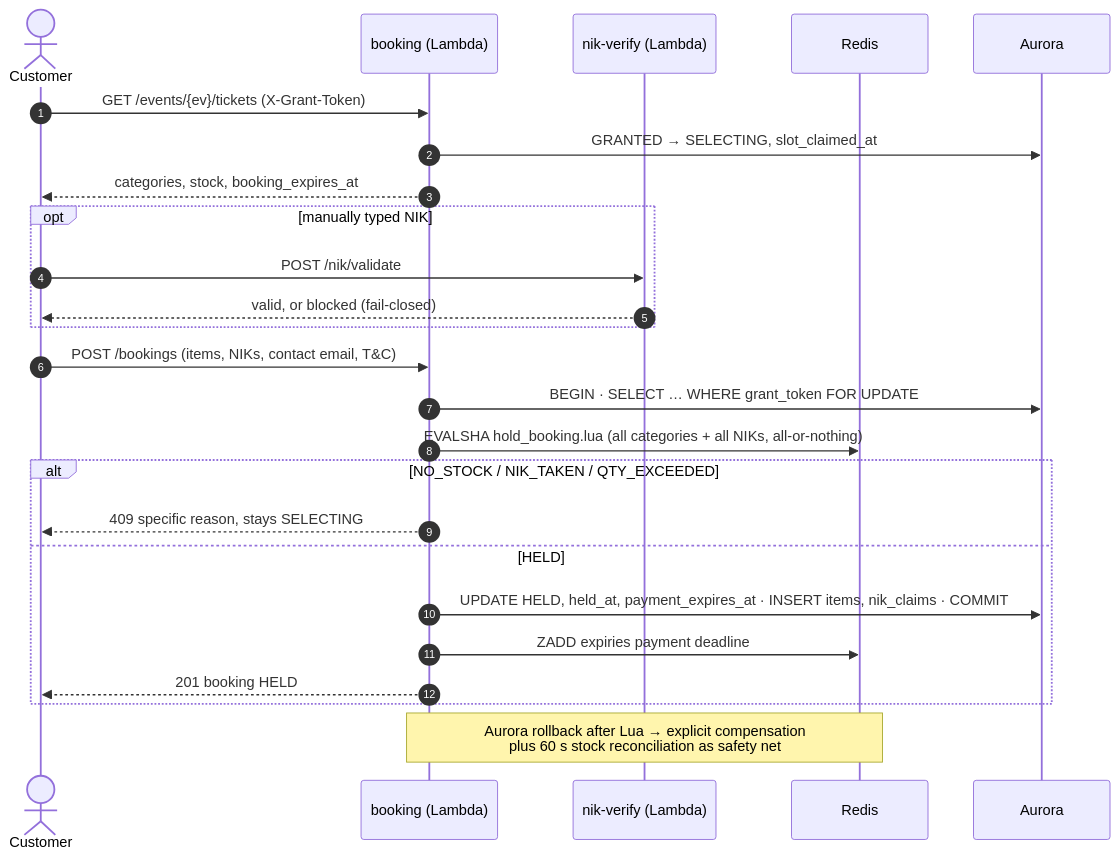
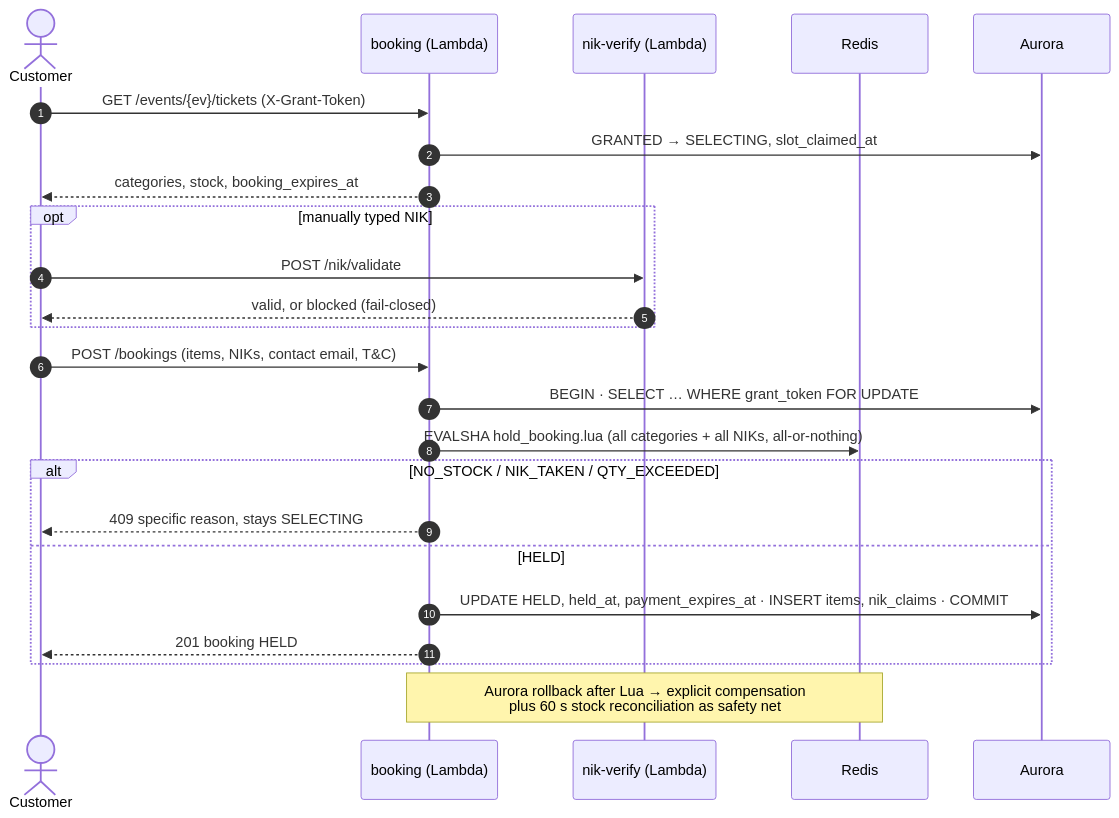
Before and after one commit to PTServerJanganTumbang-BookingTicket/documentations: the sixth of 9 diagrams in architecture/high-level-design.md, drawn with Mermaid. The commit also changed other lines of this file and 4 other files, not shown here.

````diff
--- a/architecture/high-level-design.md
+++ b/architecture/high-level-design.md
@@ -238,28 +238,27 @@
 ```mermaid
 sequenceDiagram
     autonumber
     actor C as Customer
     participant B as booking (Lambda)
     participant N as nik-verify (Lambda)
     participant R as Redis
     participant DB as Aurora
 
     C->>B: GET /events/{ev}/tickets (X-Grant-Token)
     B->>DB: GRANTED → SELECTING, slot_claimed_at
     B-->>C: categories, stock, booking_expires_at
     opt manually typed NIK
         C->>N: POST /nik/validate
         N-->>C: valid, or blocked (fail-closed)
     end
     C->>B: POST /bookings (items, NIKs, contact email, T&C)
     B->>DB: BEGIN · SELECT … WHERE grant_token FOR UPDATE
     B->>R: EVALSHA hold_booking.lua (all categories + all NIKs, all-or-nothing)
     alt NO_STOCK / NIK_TAKEN / QTY_EXCEEDED
         B-->>C: 409 specific reason, stays SELECTING
     else HELD
         B->>DB: UPDATE HELD, held_at, payment_expires_at · INSERT items, nik_claims · COMMIT
-        B->>R: ZADD expiries payment deadline
         B-->>C: 201 booking HELD
     end
     Note over B,R: Aurora rollback after Lua → explicit compensation<br/>plus 60 s stock reconciliation as safety net
 ```
````
